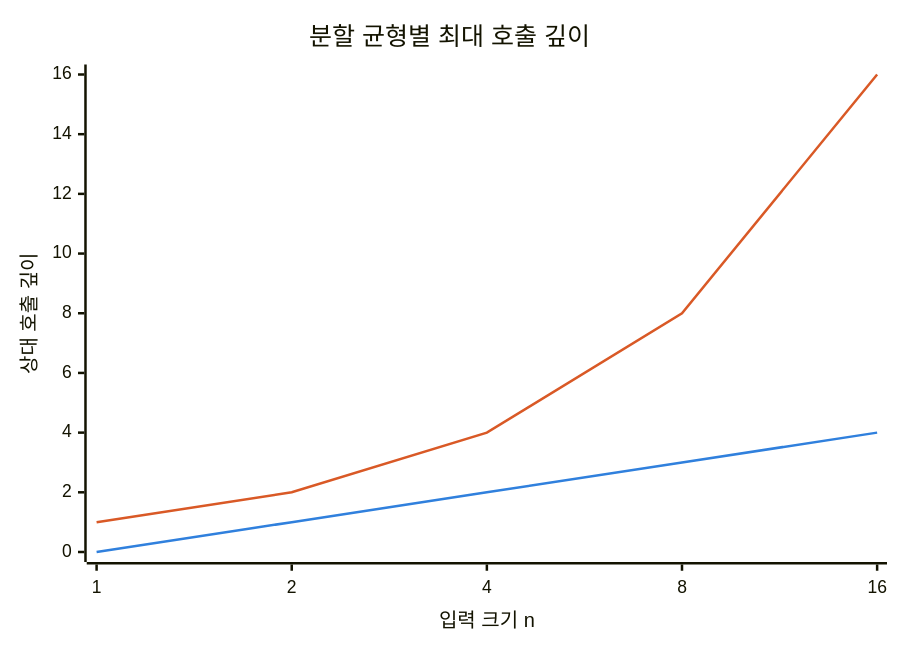
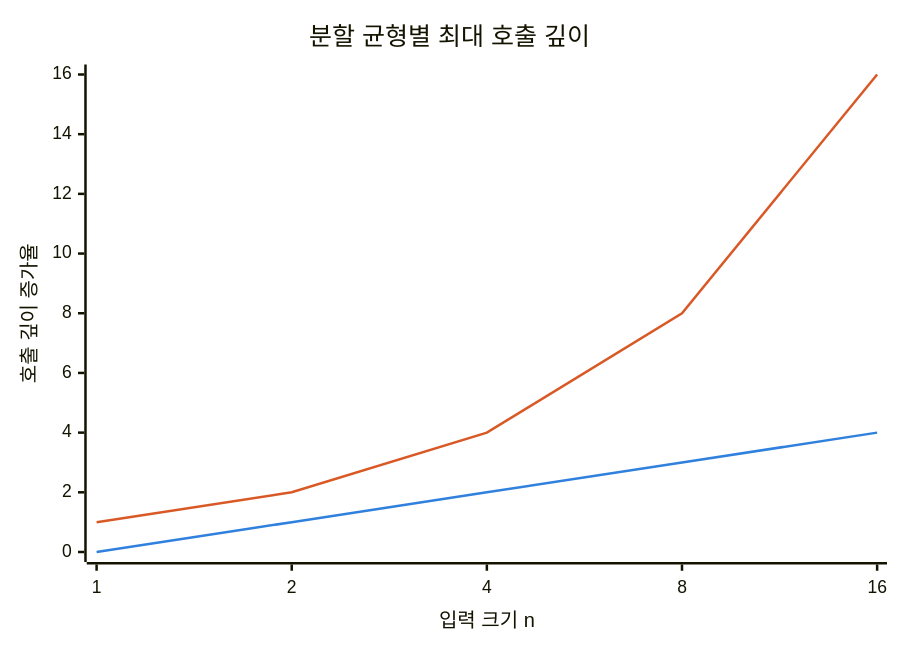
One commit to agnusdei1207/knowledge-base changed the first of 3 diagrams in src/content/docs/notes/01-basic-theory/014_divide_and_conquer.md. Above: the diagram before and after it, drawn with Mermaid. The commit also changed other lines of this file and 13 other files, not shown here.

````diff
--- a/src/content/docs/notes/01-basic-theory/014_divide_and_conquer.md
+++ b/src/content/docs/notes/01-basic-theory/014_divide_and_conquer.md
@@ -58,9 +58,9 @@
 ```mermaid
 %%{init: {"themeVariables": {"xyChart": {"plotColorPalette": "#3080dd, #d95926"}}} }%%
 xychart-beta
     title "분할 균형별 최대 호출 깊이"
     x-axis "입력 크기 n" [1, 2, 4, 8, 16]
-    y-axis "상대 호출 깊이" 0 --> 16
+    y-axis "호출 깊이 증가율" 0 --> 16
     line [0, 1, 2, 3, 4]
     line [1, 2, 4, 8, 16]
 ```
````
